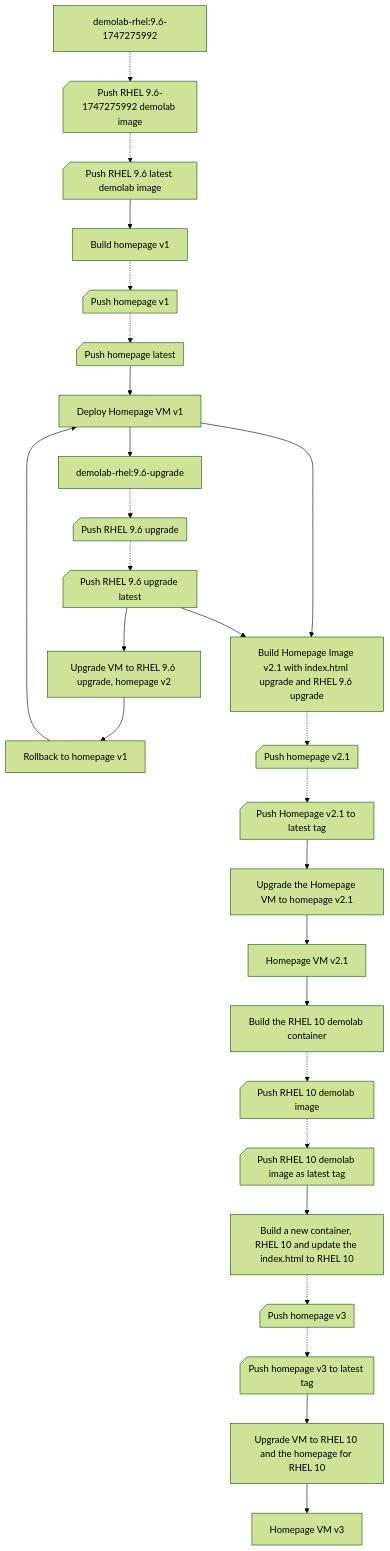
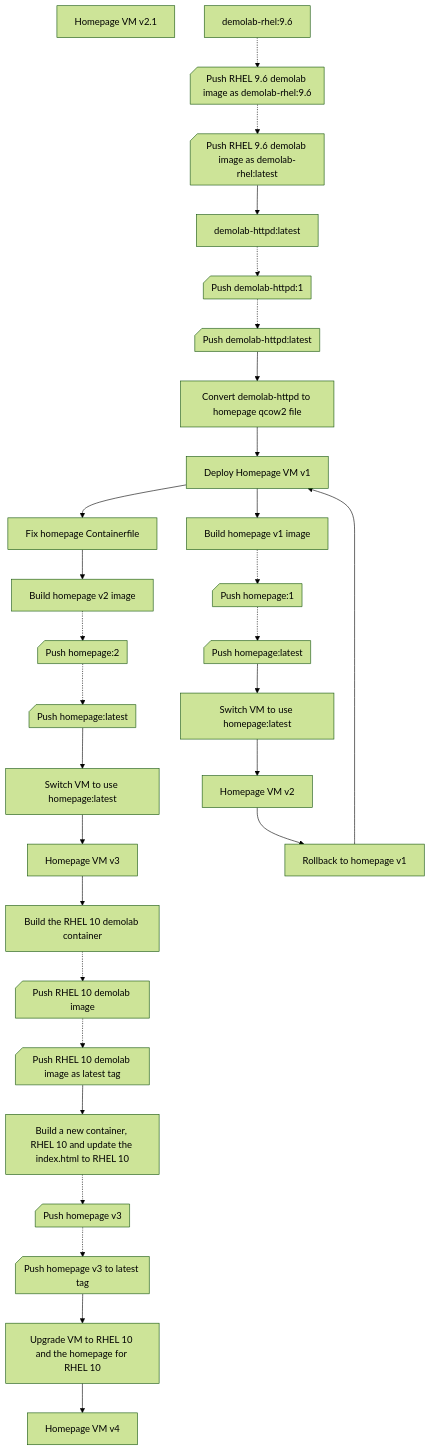
The first of 7 diagrams in README.md (jvdbreggen/imagemodedemo), drawn with Mermaid (forest theme) before and after one commit. The commit also changed other lines of this file, not shown here.

Commit message:
Update the high level step by step flow.

````diff
--- a/README.md
+++ b/README.md
@@ -40,38 +66,44 @@
 ```mermaid
 graph TD;
 
 vm1homepage[Deploy Homepage VM v1];
 vm21homepage[Homepage VM v2.1];
 vm3homepage[Homepage VM v3];
+vm4homepage[Homepage VM v4];
 
-container_rhel96-1747275992[demolab-rhel:9.6-1747275992]-.->push_rhel96-1747275992@{ shape: notch-rect, label: "Push RHEL 9.6-1747275992 demolab image" };
-push_rhel96-1747275992-.->push_rhel96-latest1@{ shape: notch-rect, label: "Push RHEL 9.6 latest demolab image" };
+container_rhel96_1[demolab-rhel:9.6]-.->push_rhel96_1@{ shape: notch-rect, label: "Push RHEL 9.6 demolab image as demolab-rhel:9.6" };
+push_rhel96_1-.->push_rhel96_latest1@{ shape: notch-rect, label: "Push RHEL 9.6 demolab image as demolab-rhel:latest" };
 
-push_rhel96-latest1-->container_v1_homepage[Build homepage v1];
-container_v1_homepage[Build homepage v1]-.->push_v1_homepage@{ shape: notch-rect, label: "Push homepage v1" };
+push_rhel96_latest1-->demolab_httpd_1[demolab-httpd:latest]
+demolab_httpd_1-.->push_httpd_1@{ shape: notch-rect, label: "Push demolab-httpd:1" };
+push_httpd_1-.->push_httpd_latest1@{ shape: notch-rect, label: "Push demolab-httpd:latest" };
 
-push_v1_homepage-.->push_homepage-latest1@{ shape: notch-rect, label: "Push homepage latest" };
-push_homepage-latest1-->vm1homepage;
+push_httpd_latest1-->convert_httpd_to_homepageVM[Convert demolab-httpd to homepage qcow2 file];
+convert_httpd_to_homepageVM-->vm1homepage;
 
-vm1homepage-->container_rhel96-upgrade[demolab-rhel:9.6-upgrade]
--.->push_rhel96-upgrade@{ shape: notch-rect, label: "Push RHEL 9.6 upgrade" };
-push_rhel96-upgrade-.->rhel96_upgrade-latest@{ shape: notch-rect, label: "Push RHEL 9.6 upgrade latest" };
-rhel96_upgrade-latest-->vm1homepage_rhel_upgrade[Upgrade VM to RHEL 9.6 upgrade, homepage v2]; 
-vm1homepage_rhel_upgrade-->rollback1[Rollback to homepage v1]-->vm1homepage;
+vm1homepage-->container_v1_homepage[Build homepage v1 image];
+container_v1_homepage-.->push_v1_homepage@{ shape: notch-rect, label: "Push homepage:1" };
 
-vm1homepage-->container_homepage21[Build Homepage Image v2.1 with index.html upgrade and RHEL 9.6 upgrade];
-rhel96_upgrade-latest-->container_homepage21;
-container_homepage21-.->push_v2.1_homepage@{ shape: notch-rect, label: "Push homepage v2.1" };
-push_v2.1_homepage-.->push_v2.1_homepage_latest@{ shape: notch-rect, label: "Push Homepage v2.1 to latest tag" };
-push_v2.1_homepage_latest-->vm21homepage_upgrade[Upgrade the Homepage VM to homepage v2.1];
-vm21homepage_upgrade-->vm21homepage;
+push_v1_homepage-.->push_homepage-latest1@{ shape: notch-rect, label: "Push homepage:latest" };
+push_homepage-latest1-->vm1homepage_switch[Switch VM to use homepage:latest];
+vm1homepage_switch-->vm2homepage[Homepage VM v2];
 
-vm21homepage-->container_rhel10[Build the RHEL 10 demolab container];
+vm2homepage-->rollback1[Rollback to homepage v1]-->vm1homepage;
+
+vm1homepage-->fix_homepage1[Fix homepage Containerfile];
+fix_homepage1-->container_v2_homepage[Build homepage v2 image];
+container_v2_homepage-.->push_v2_homepage@{ shape: notch-rect, label: "Push homepage:2" };
+
+push_v2_homepage-.->push_homepage_v2_latest@{ shape: notch-rect, label: "Push homepage:latest" };
+push_homepage_v2_latest-->vm2homepage_switch[Switch VM to use homepage:latest];
+vm2homepage_switch-->vm3homepage[Homepage VM v3];
+
+vm3homepage-->container_rhel10[Build the RHEL 10 demolab container];
 container_rhel10-.->push_rhel10@{ shape: notch-rect, label: "Push RHEL 10 demolab image" };
 push_rhel10-.->push_rhel10_latest@{ shape: notch-rect, label: "Push RHEL 10 demolab image as latest tag" };
-push_rhel10_latest-->container_homepage3[Build a new container, RHEL 10 and update the index.html to RHEL 10];
-container_homepage3-.->push_v3_homepage@{ shape: notch-rect, label: "Push homepage v3" };
+push_rhel10_latest-->container_v3_homepage[Build a new container, RHEL 10 and update the index.html to RHEL 10];
+container_v3_homepage-.->push_v3_homepage@{ shape: notch-rect, label: "Push homepage v3" };
 push_v3_homepage-.->push_v3_homepage_latest@{ shape: notch-rect, label: "Push homepage v3 to latest tag" };
-push_v3_homepage_latest-->vm2homepage_upgrade[Upgrade VM to RHEL 10 and the homepage for RHEL 10];
-vm2homepage_upgrade-->vm3homepage[Homepage VM v3];
+push_v3_homepage_latest-->vm3homepage_upgrade[Upgrade VM to RHEL 10 and the homepage for RHEL 10];
+vm3homepage_upgrade-->vm4homepage[Homepage VM v4];
 ```
````
